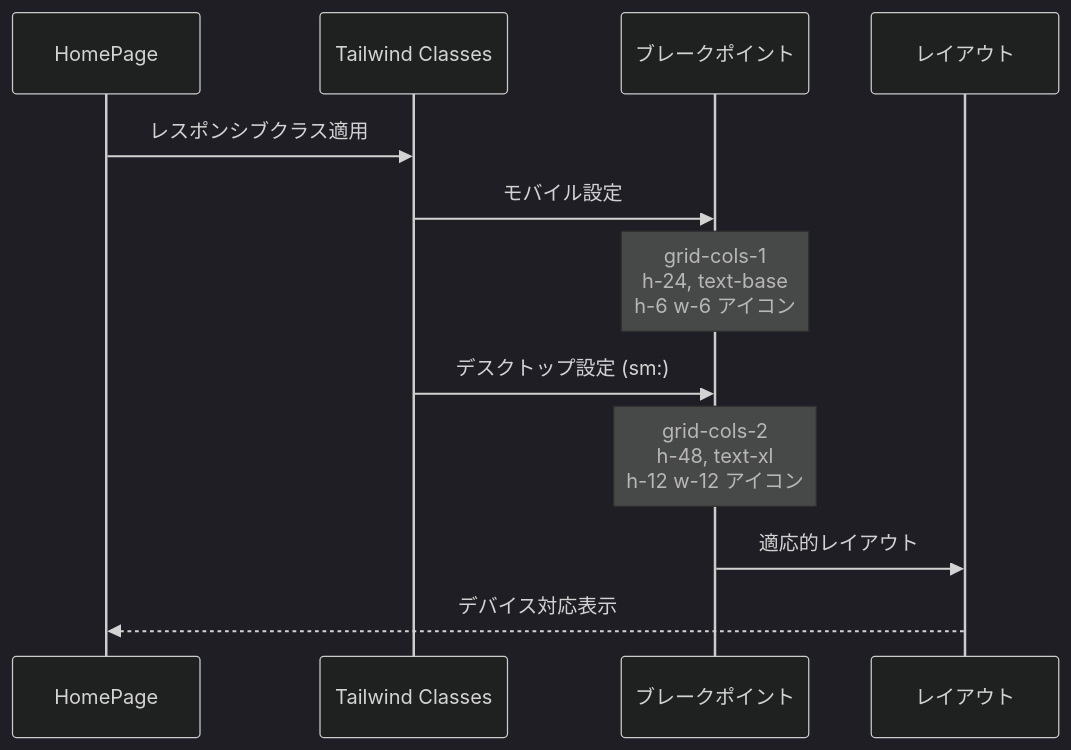
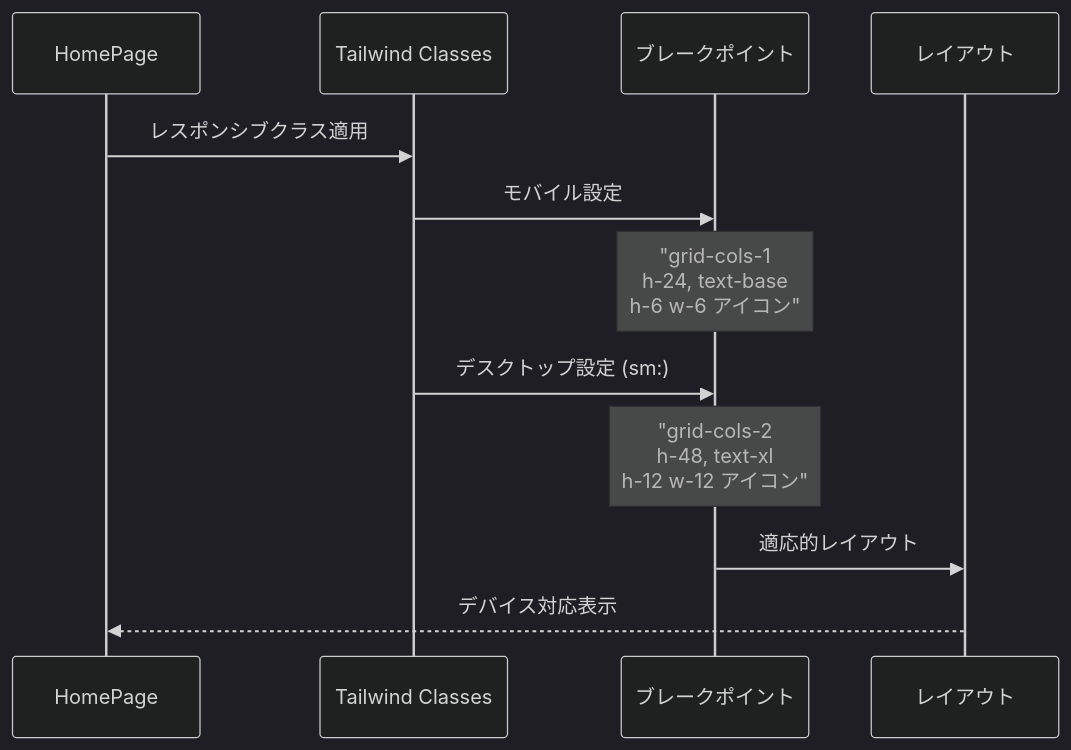
One commit to wasabi49/ocs-systemDevelopmentExercises changed the fifth of 9 diagrams in document/pages/sequence/Home.md. Above: the diagram before and after it, drawn with Mermaid (dark theme). The commit also changed other lines of this file and 42 other files, not shown here.

First line of the commit message:
fix: mermaidシーケンス図のNote over文でダブルクォーテーション不足を修正

````diff
--- a/document/pages/sequence/Home.md
+++ b/document/pages/sequence/Home.md
@@ -97,18 +97,18 @@
 ```mermaid
 sequenceDiagram
     participant Page as HomePage
     participant TailwindCSS as Tailwind Classes
     participant Breakpoints as ブレークポイント
     participant Layout as レイアウト
 
     Page->>TailwindCSS: レスポンシブクラス適用
     
     TailwindCSS->>Breakpoints: モバイル設定
-    Note over Breakpoints: grid-cols-1<br/>h-24, text-base<br/>h-6 w-6 アイコン
+    Note over Breakpoints: "grid-cols-1<br/>h-24, text-base<br/>h-6 w-6 アイコン"
     
     TailwindCSS->>Breakpoints: デスクトップ設定 (sm:)
-    Note over Breakpoints: grid-cols-2<br/>h-48, text-xl<br/>h-12 w-12 アイコン
+    Note over Breakpoints: "grid-cols-2<br/>h-48, text-xl<br/>h-12 w-12 アイコン"
     
     Breakpoints->>Layout: 適応的レイアウト
     Layout-->>Page: デバイス対応表示
 ```
````
